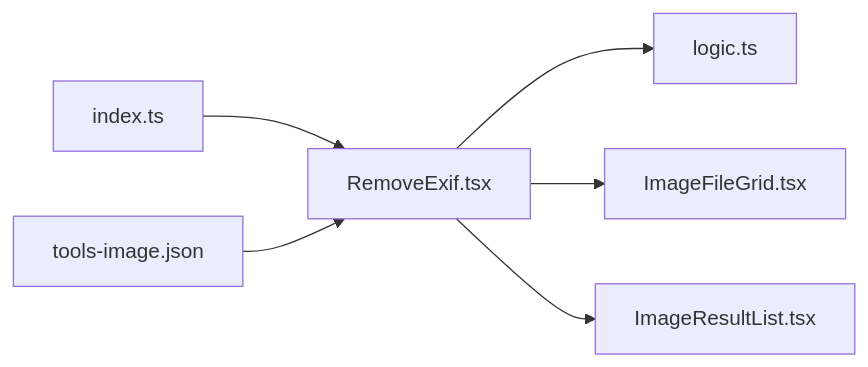
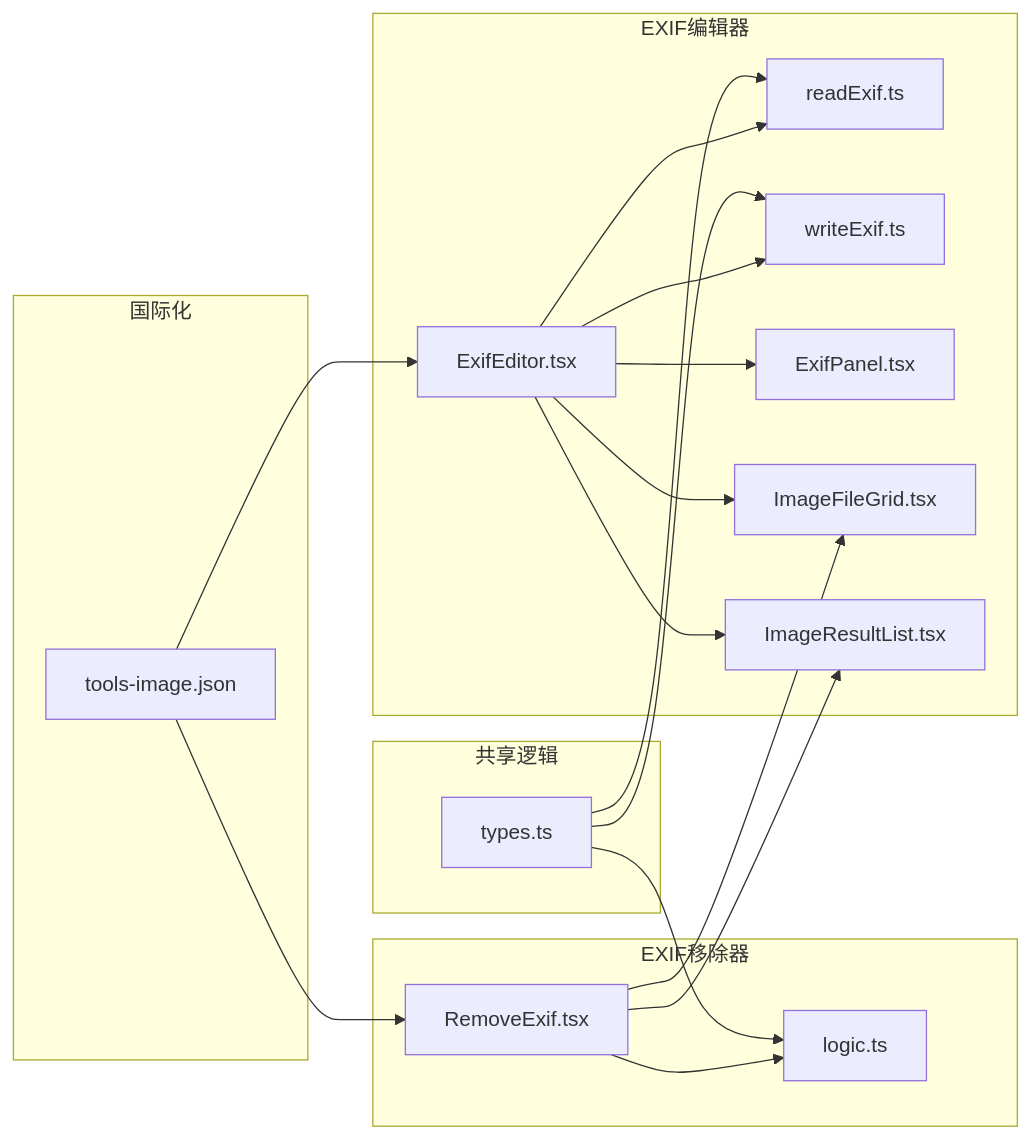
Before and after one commit to sgyy/privadeck: the sixth of 6 diagrams in .qoder/repowiki/zh/content/图像工具/EXIF管理.md, drawn with Mermaid. The commit also changed other lines of this file and 3 other files, not shown here.

First line of the commit message:
feat(exif-editor): 新增完整EXIF编辑器功能及多语言支持

````diff
--- a/.qoder/repowiki/zh/content/图像工具/EXIF管理.md
+++ b/.qoder/repowiki/zh/content/图像工具/EXIF管理.md
@@ -227,8 +357,24 @@
 ```mermaid
 graph LR
-RE["RemoveExif.tsx"] --> LG["logic.ts"]
-RE --> IFG["ImageFileGrid.tsx"]
-RE --> IRL["ImageResultList.tsx"]
-IDX["index.ts"] --> RE
-MSG["tools-image.json"] --> RE
+subgraph "EXIF编辑器"
+EE["ExifEditor.tsx"] --> RE["readExif.ts"]
+EE --> WE["writeExif.ts"]
+EE --> EP["ExifPanel.tsx"]
+EE --> IFG["ImageFileGrid.tsx"]
+EE --> IRL["ImageResultList.tsx"]
+end
+subgraph "EXIF移除器"
+RE2["RemoveExif.tsx"] --> LG2["logic.ts"]
+RE2 --> IFG
+RE2 --> IRL
+end
+subgraph "共享逻辑"
+TYPES["types.ts"] --> RE
+TYPES --> WE
+TYPES --> LG2
+end
+subgraph "国际化"
+MSG["tools-image.json"] --> EE
+MSG --> RE2
+end
 ```
````
